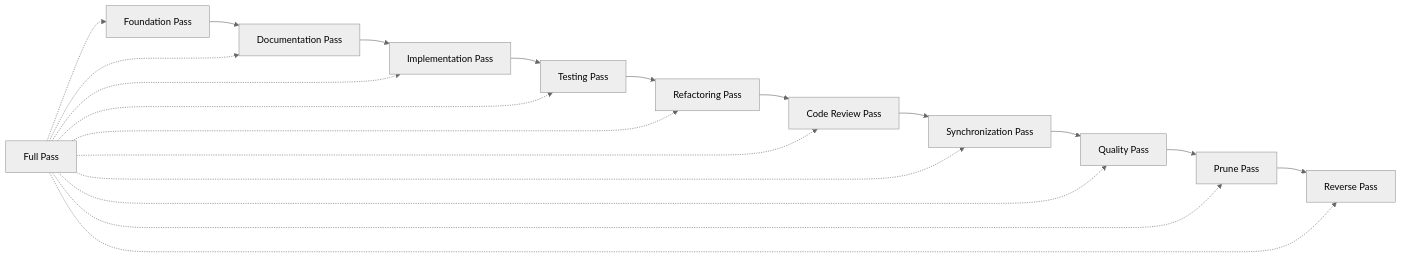
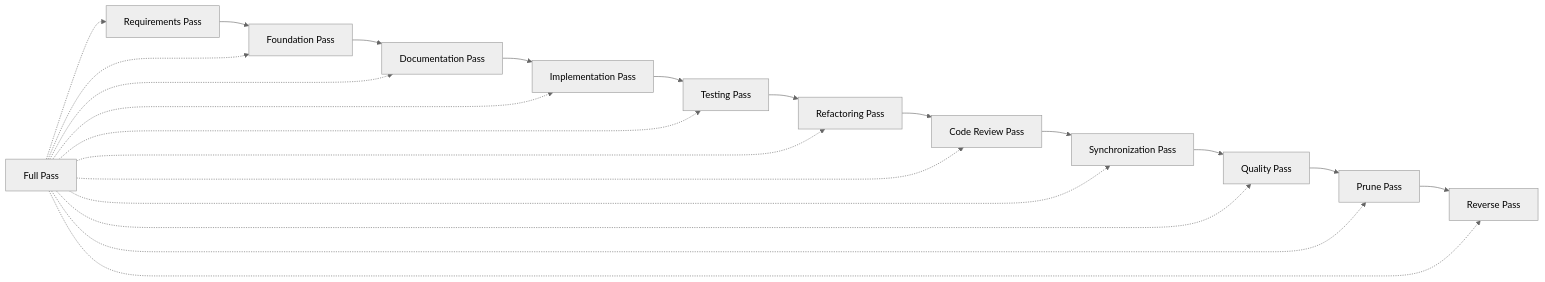
One commit to ningsuhen/agent3d changed the third of 7 diagrams in docs/HIGH-LEVEL-DESIGN.md. Above: the diagram before and after it, drawn with Mermaid (neutral theme). The commit also changed 1 other file, not shown here.

````diff
--- a/docs/HIGH-LEVEL-DESIGN.md
+++ b/docs/HIGH-LEVEL-DESIGN.md
@@ -48,23 +48,25 @@
 ```mermaid
 graph LR
-    A[Foundation Pass] --> B[Documentation Pass]
-    B --> C[Implementation Pass]
-    C --> D[Testing Pass]
-    D --> E[Refactoring Pass]
-    E --> F[Code Review Pass]
-    F --> G[Synchronization Pass]
-    G --> H[Quality Pass]
-    H --> I[Prune Pass]
-    I --> K[Reverse Pass]
+    A[Requirements Pass] --> B[Foundation Pass]
+    B --> C[Documentation Pass]
+    C --> D[Implementation Pass]
+    D --> E[Testing Pass]
+    E --> F[Refactoring Pass]
+    F --> G[Code Review Pass]
+    G --> H[Synchronization Pass]
+    H --> I[Quality Pass]
+    I --> J[Prune Pass]
+    J --> K[Reverse Pass]
 
-    J[Full Pass] -.-> A
-    J -.-> B
-    J -.-> C
-    J -.-> D
-    J -.-> E
-    J -.-> F
-    J -.-> G
-    J -.-> H
-    J -.-> I
-    J -.-> K
+    L[Full Pass] -.-> A
+    L -.-> B
+    L -.-> C
+    L -.-> D
+    L -.-> E
+    L -.-> F
+    L -.-> G
+    L -.-> H
+    L -.-> I
+    L -.-> J
+    L -.-> K
 ```
````
